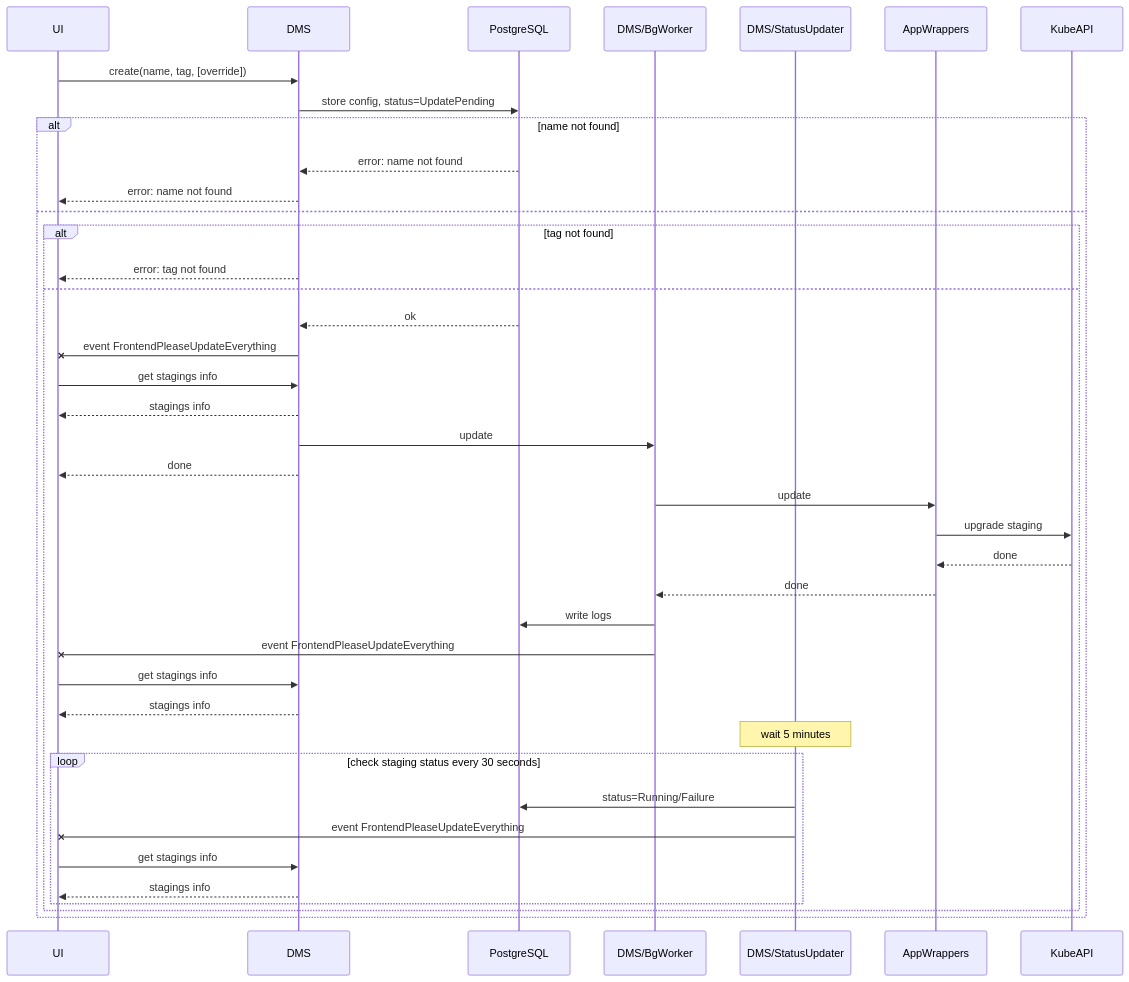
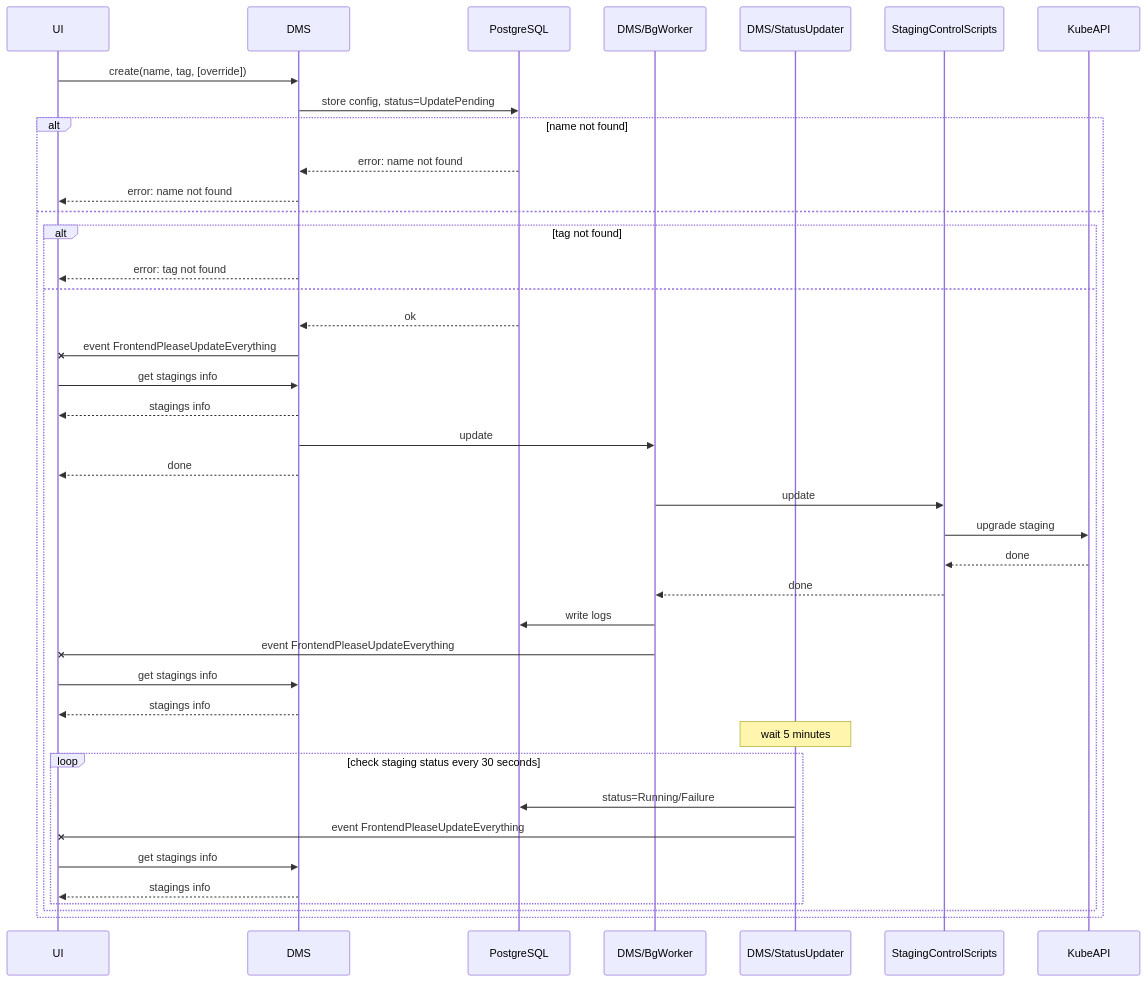
The diagram in docs/diagrams/src/technical-architecture-update-via-ui.mmd (typeable/octopod), drawn with Mermaid before and after one commit. The commit also changed 22 other files, not shown here.

Commit message:
rename 'app wrappers' to 'staging control scripts'

```diff
--- a/docs/diagrams/src/technical-architecture-update-via-ui.mmd
+++ b/docs/diagrams/src/technical-architecture-update-via-ui.mmd
@@ -1,40 +1,40 @@
 sequenceDiagram
     participant UI
     participant DMS
     participant PostgreSQL
     participant DMS/BgWorker
     participant DMS/StatusUpdater
-    participant AppWrappers
+    participant StagingControlScripts
     participant KubeAPI
     UI->>DMS: create(name, tag, [override])
     DMS->>PostgreSQL: store config, status=UpdatePending
     alt name not found
         PostgreSQL-->>DMS: error: name not found
         DMS-->>UI: error: name not found
     else
         alt tag not found
             DMS-->>UI: error: tag not found
         else
             PostgreSQL-->>DMS: ok
             DMS-xUI: event FrontendPleaseUpdateEverything
             UI->>DMS: get stagings info
             DMS-->>UI: stagings info
             DMS->>DMS/BgWorker: update
             DMS-->>UI: done
-            DMS/BgWorker->>AppWrappers: update
-            AppWrappers->>KubeAPI: upgrade staging
-            KubeAPI-->>AppWrappers: done
-            AppWrappers-->>DMS/BgWorker: done
+            DMS/BgWorker->>StagingControlScripts: update
+            StagingControlScripts->>KubeAPI: upgrade staging
+            KubeAPI-->>StagingControlScripts: done
+            StagingControlScripts-->>DMS/BgWorker: done
             DMS/BgWorker->>PostgreSQL: write logs
             DMS/BgWorker-xUI: event FrontendPleaseUpdateEverything
             UI->>DMS: get stagings info
             DMS-->>UI: stagings info
             Note over DMS/StatusUpdater: wait 5 minutes
             loop check staging status every 30 seconds
                 DMS/StatusUpdater->>PostgreSQL: status=Running/Failure
                 DMS/StatusUpdater-xUI: event FrontendPleaseUpdateEverything
                 UI->>DMS: get stagings info
                 DMS-->>UI: stagings info
             end
         end
     end
```
